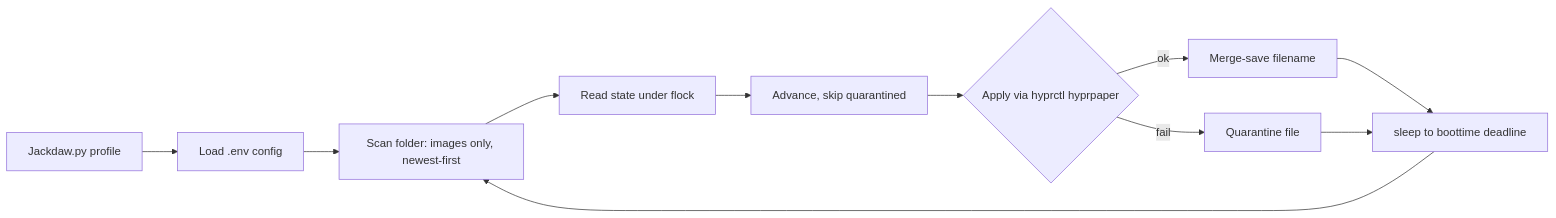
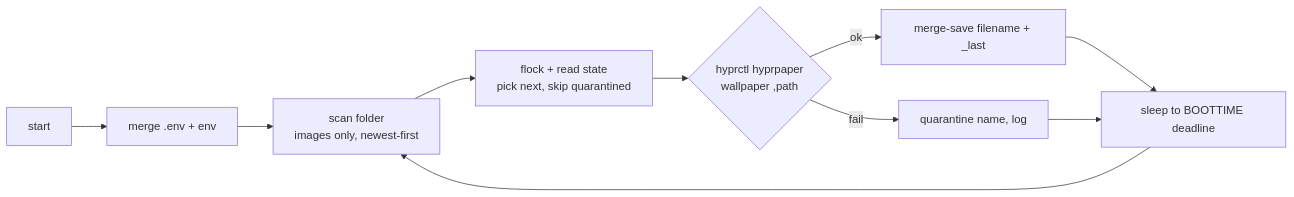
One commit to FirozChauhan/ArchUtils changed the diagram in Jackdaw/README.md. Above: the diagram before and after it, drawn with Mermaid. The commit also changed other lines of this file and 2 other files, not shown here.

Commit message:
Jackdow Hyprpaper Readme

````diff
--- a/Jackdaw/README.md
+++ b/Jackdaw/README.md
@@ -89,8 +134,8 @@
 ```mermaid
 flowchart LR
-    A[Jackdaw.py profile] --> B[Load .env config] --> C[Scan folder: images only, newest-first]
-    C --> D[Read state under flock] --> E[Advance, skip quarantined]
-    E --> F{Apply via hyprctl hyprpaper}
-    F -->|ok| G[Merge-save filename] --> H[sleep to boottime deadline] --> C
-    F -->|fail| I[Quarantine file] --> H
+    A[start] --> B["merge .env + env"] --> C["scan folder<br/>images only, newest-first"]
+    C --> D["flock + read state<br/>pick next, skip quarantined"]
+    D --> E{"hyprctl hyprpaper<br/>wallpaper ,path"}
+    E -->|ok| F["merge-save filename + _last"] --> G["sleep to BOOTTIME deadline"] --> C
+    E -->|fail| H["quarantine name, log"] --> G
 ```
````
